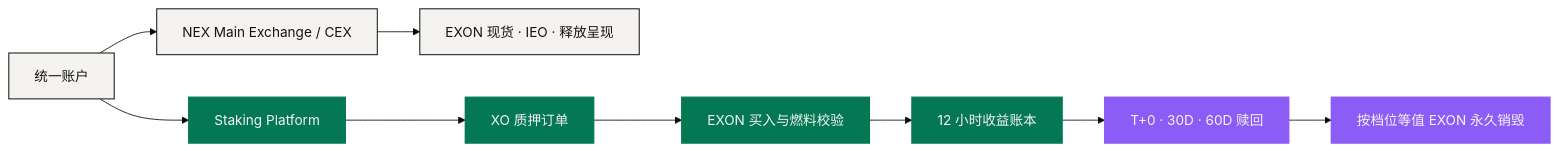
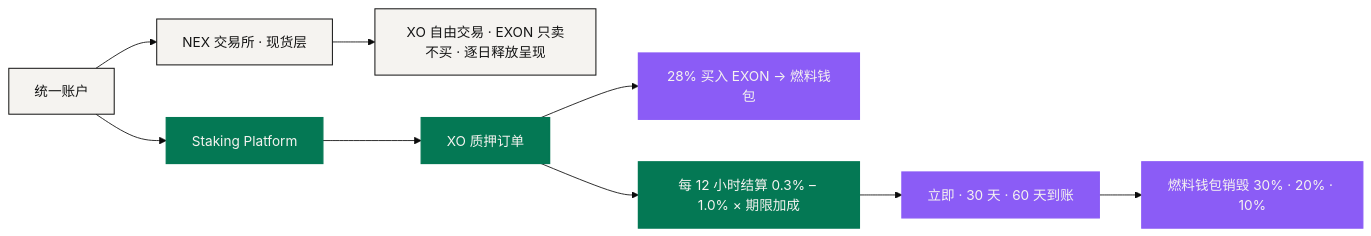
One commit to NEXONMarkets/NEXON-Whitepaper changed the diagram in docs/zh/03-architecture/trust-and-bonding.md. Above: the diagram before and after it, drawn with Mermaid (base theme). The commit also changed other lines of this file and 79 other files, not shown here.

````diff
--- a/docs/zh/03-architecture/trust-and-bonding.md
+++ b/docs/zh/03-architecture/trust-and-bonding.md
@@ -14,17 +14,17 @@
 ```mermaid
 flowchart LR
-    A["统一账户"] --> E["NEX Main Exchange / CEX"]
+    A["统一账户"] --> E["NEX 交易所 · 现货层"]
     A --> S["Staking Platform"]
-    E --> X["EXON 现货 · IEO · 释放呈现"]
+    E --> X["XO 自由交易 · EXON 只卖不买 · 逐日释放呈现"]
     S --> O["XO 质押订单"]
-    O --> F["EXON 买入与燃料校验"]
-    F --> R["12 小时收益账本"]
-    R --> D["T+0 · 30D · 60D 赎回"]
-    D --> B["按档位等值 EXON 永久销毁"]
+    O --> F["28% 买入 EXON → 燃料钱包"]
+    O --> R["每 12 小时结算 0.3% – 1.0% × 期限加成"]
+    R --> D["立即 · 30 天 · 60 天到账"]
+    D --> B["燃料钱包销毁 30% · 20% · 10%"]
     classDef anchor fill:#047854,stroke:#047854,stroke-width:1.5px,color:#F5F3F0
     classDef engine fill:#8B5CF6,stroke:#8B5CF6,stroke-width:1.5px,color:#F5F3F0
-    classDef solid  fill:#F5F3F0,stroke:#141414,stroke-width:1.2px,color:#141414
+    classDef solid fill:#F5F3F0,stroke:#141414,stroke-width:1.2px,color:#141414
     class A,E,X solid
-    class S,O,F,R anchor
-    class D,B engine
+    class S,O,R anchor
+    class F,D,B engine
 ```
````
